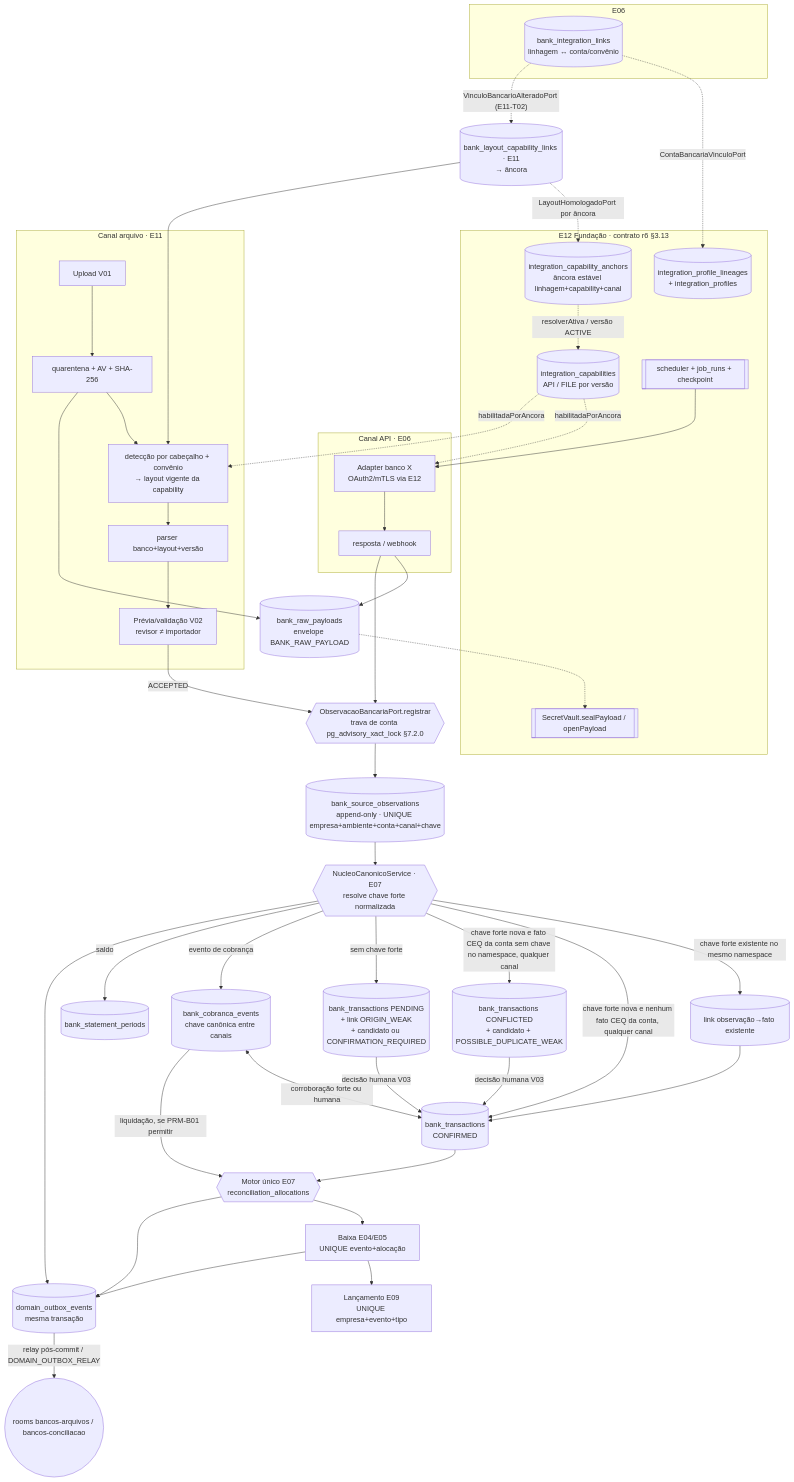
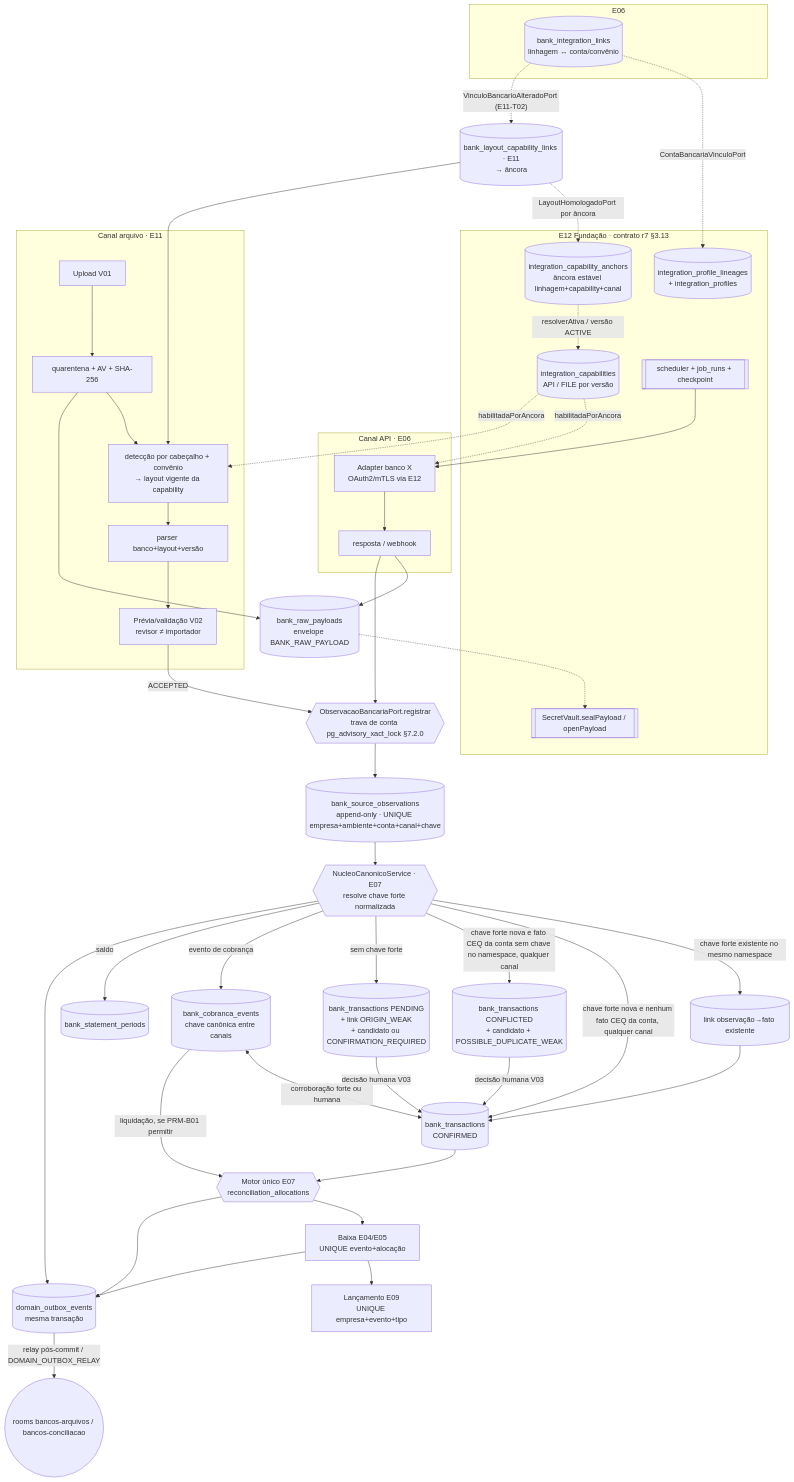
The first of 2 diagrams in docs/superpowers/plans/2026-10-12-e11-t00-cross-bancario-apis-arquivos-razao.md (sammuka/alpha-carnes), drawn with Mermaid before and after one commit. The commit also changed other lines of this file, not shown here.

Commit message:
docs(e11-t00): revisao v6 do plano apos Portao 1 r5 (adota contrato E12 r7 3.13)

````diff
--- a/docs/superpowers/plans/2026-10-12-e11-t00-cross-bancario-apis-arquivos-razao.md
+++ b/docs/superpowers/plans/2026-10-12-e11-t00-cross-bancario-apis-arquivos-razao.md
@@ -161,53 +175,53 @@
 ```mermaid
 flowchart TB
-  subgraph E12[E12 Fundação · contrato r6 §3.13]
+  subgraph E12[E12 Fundação · contrato r7 §3.13]
     LIN[(integration_profile_lineages\n+ integration_profiles)]
     ANC[(integration_capability_anchors\nâncora estável linhagem+capability+canal)]
     CAP[(integration_capabilities\nAPI / FILE por versão)]
     JOB[[scheduler + job_runs + checkpoint]]
     VAULT[[SecretVault.sealPayload / openPayload]]
   end
   subgraph E06L[E06]
     BIL[(bank_integration_links\nlinhagem ↔ conta/convênio)]
   end
   subgraph CANAL_API[Canal API · E06]
     AD[Adapter banco X\nOAuth2/mTLS via E12] --> RESP[resposta / webhook]
   end
   subgraph CANAL_ARQ[Canal arquivo · E11]
     UP[Upload V01] --> QUAR[quarentena + AV + SHA-256]
     QUAR --> DET[detecção por cabeçalho + convênio\n→ layout vigente da capability]
     DET --> PARSE[parser banco+layout+versão]
     PARSE --> REV[Prévia/validação V02\nrevisor ≠ importador]
   end
   BIL -. ContaBancariaVinculoPort .-> LIN
   BIL -. VinculoBancarioAlteradoPort (E11-T02) .-> BLCL
   ANC -. resolverAtiva / versão ACTIVE .-> CAP
   BLCL[(bank_layout_capability_links · E11\n→ âncora)] -. LayoutHomologadoPort por âncora .-> ANC
   JOB --> AD
   CAP -. habilitadaPorAncora .-> AD
   CAP -. habilitadaPorAncora .-> DET
   BLCL --> DET
   RESP --> RAW[(bank_raw_payloads\nenvelope BANK_RAW_PAYLOAD)]
   QUAR --> RAW
   RAW -.-> VAULT
   RESP --> PORT{{ObservacaoBancariaPort.registrar\ntrava de conta pg_advisory_xact_lock §7.2.0}}
   REV -- ACCEPTED --> PORT
   PORT --> OBS[(bank_source_observations\nappend-only · UNIQUE empresa+ambiente+conta+canal+chave)]
   OBS --> NUC{{NucleoCanonicoService · E07\nresolve chave forte normalizada}}
   NUC -- chave forte existente no mesmo namespace --> LINK[(link observação→fato existente)]
   NUC -- chave forte nova e nenhum fato CEQ da conta, qualquer canal --> TX[(bank_transactions\nCONFIRMED)]
   NUC -- chave forte nova e fato CEQ da conta sem chave no namespace, qualquer canal --> CONFL[(bank_transactions CONFLICTED\n+ candidato + POSSIBLE_DUPLICATE_WEAK)]
   NUC -- sem chave forte --> PEND[(bank_transactions PENDING\n+ link ORIGIN_WEAK\n+ candidato ou CONFIRMATION_REQUIRED)]
   CONFL -- decisão humana V03 --> TX
   NUC -- evento de cobrança --> COB[(bank_cobranca_events\nchave canônica entre canais)]
   NUC -- saldo --> PER[(bank_statement_periods)]
   LINK --> TX
   PEND -- decisão humana V03 --> TX
   COB <-- corroboração forte ou humana --> TX
   TX --> MOT{{Motor único E07\nreconciliation_allocations}}
   COB -- liquidação, se PRM-B01 permitir --> MOT
   MOT --> BX[Baixa E04/E05\nUNIQUE evento+alocação]
   BX --> LED[Lançamento E09\nUNIQUE empresa+evento+tipo]
   NUC & MOT & BX --> OUT[(domain_outbox_events\nmesma transação)]
   OUT -- relay pós-commit / DOMAIN_OUTBOX_RELAY --> WS((rooms bancos-arquivos / bancos-conciliacao))
 ```
````
